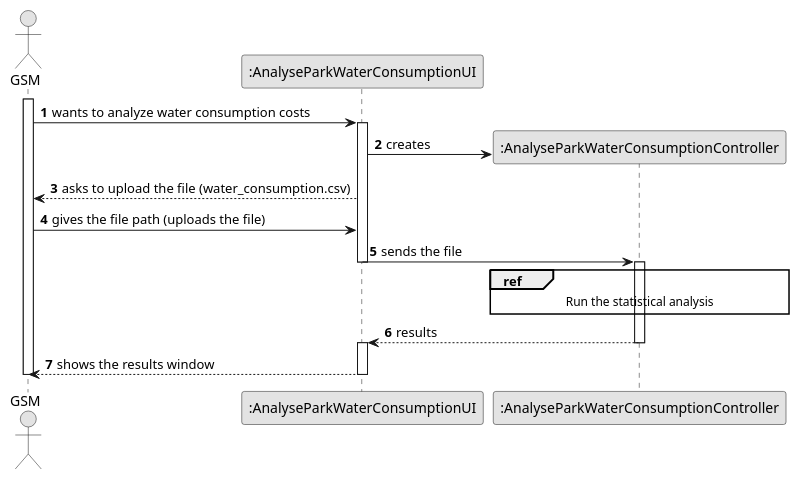
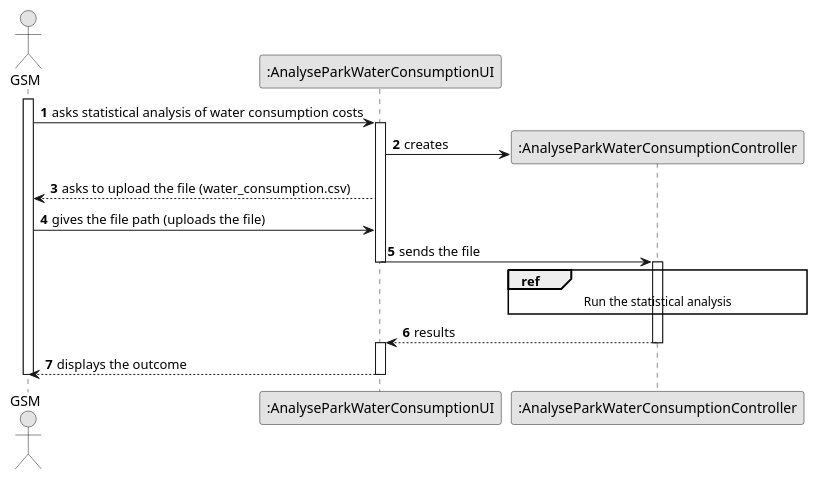
Before and after one commit to ricardomm7/leaflink: the diagram in docs/sprintB/us009/03.design/puml/us009-sequence-diagram-split.puml, drawn with PlantUML. The commit also changed 6 other files, not shown here.

```diff
--- a/docs/sprintB/us009/03.design/puml/us009-sequence-diagram-split.puml
+++ b/docs/sprintB/us009/03.design/puml/us009-sequence-diagram-split.puml
@@ -1,30 +1,30 @@
 @startuml
 skinparam monochrome true
 skinparam packageStyle rectangle
 skinparam shadowing false
 
 autonumber
 
 actor "GSM" as GSM
 participant ":AnalyseParkWaterConsumptionUI" as UI
 participant ":AnalyseParkWaterConsumptionController" as CTRL
 
 activate GSM
-GSM -> UI : wants to analyze water consumption costs
+GSM -> UI : asks statistical analysis of water consumption costs
 activate UI
 UI -> CTRL** : creates
 UI --> GSM : asks to upload the file (water_consumption.csv)
 GSM -> UI : gives the file path (uploads the file)
 UI -> CTRL : sends the file
 deactivate UI
 activate CTRL
         ref over CTRL
             Run the statistical analysis
         end ref
 CTRL --> UI : results
 deactivate CTRL
 activate UI
-UI --> GSM : shows the results window
+UI --> GSM : displays the outcome
 deactivate UI
 deactivate GSM
 @enduml
```
